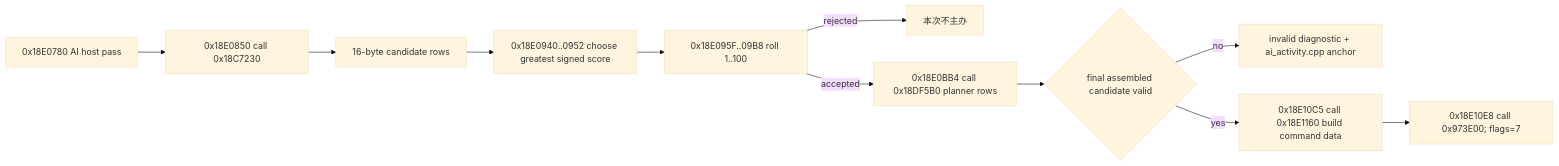
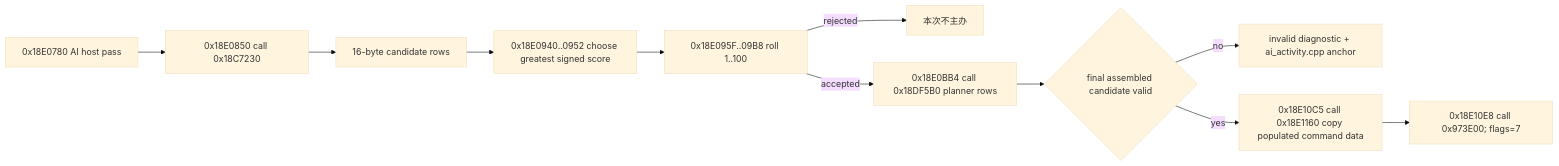
Before and after one commit to XenoAmess/ck3_eternal_recurrence: the second of 2 diagrams in docs/ck3-native-ai/non-religious-activities.md, drawn with Mermaid (base theme). The commit also changed 1 other file, not shown here.

Commit message:
M6-ACTIVITY:trace-feast-planner-payload-provenance

````diff
--- a/docs/ck3-native-ai/non-religious-activities.md
+++ b/docs/ck3-native-ai/non-religious-activities.md
@@ -141,13 +141,13 @@
 ```mermaid
 flowchart LR
     A[0x18E0780 AI host pass] --> B[0x18E0850 call 0x18C7230]
     B --> C[16-byte candidate rows]
     C --> D[0x18E0940..0952 choose greatest signed score]
     D --> E[0x18E095F..09B8 roll 1..100]
     E -- rejected --> F[本次不主办]
     E -- accepted --> G[0x18E0BB4 call 0x18DF5B0 planner rows]
     G --> H{final assembled candidate valid}
     H -- no --> I[invalid diagnostic + ai_activity.cpp anchor]
-    H -- yes --> J[0x18E10C5 call 0x18E1160 build command data]
+    H -- yes --> J[0x18E10C5 call 0x18E1160 copy populated command data]
     J --> K[0x18E10E8 call 0x973E00; flags=7]
 ```
````
